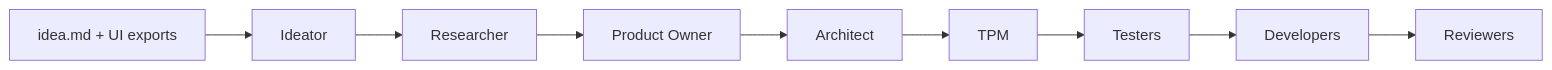
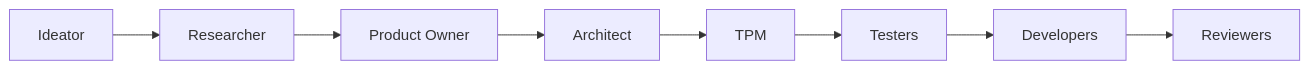
Before and after one commit to atmohamedamer/agents: the diagram in README.md, drawn with Mermaid. The commit also changed other lines of this file, not shown here.

````diff
--- a/README.md
+++ b/README.md
@@ -14,11 +14,10 @@
 ```mermaid
 flowchart LR
-    A[idea.md + UI exports] --> B[Ideator]
-    B --> D[Researcher]
+    C[Ideator] --> D[Researcher]
     D --> E[Product Owner]
     E --> F[Architect]
     F --> G[TPM]
     G --> H[Testers]
     H --> I[Developers]
     I --> J[Reviewers]
 ```
````
